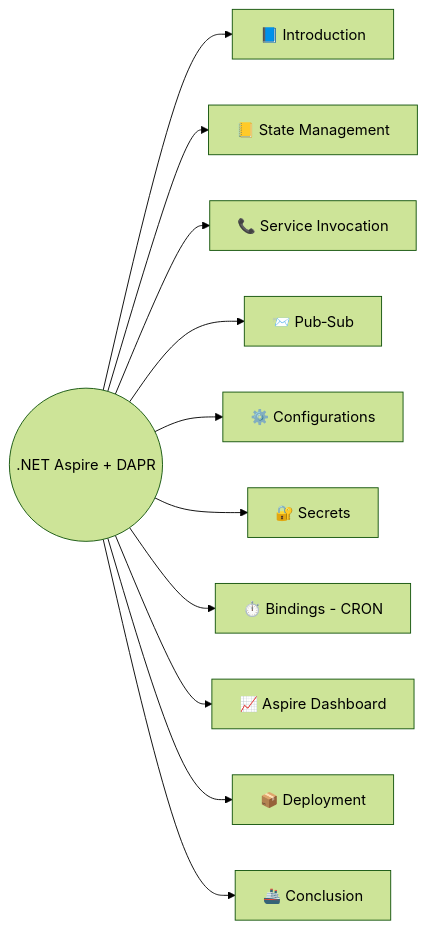
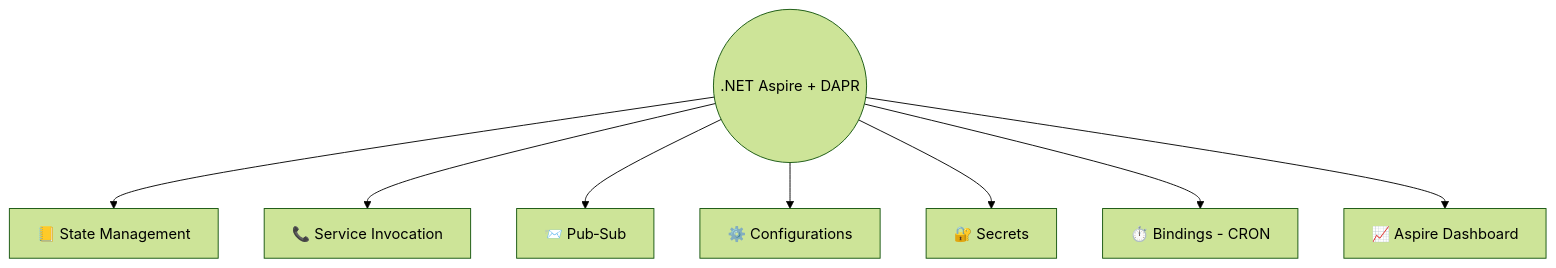
Before and after one commit to NetRecipes/NetRecipes.github.io: the diagram in content/courses/dapr-aspire/_index.md, drawn with Mermaid (forest theme). The commit also changed other lines of this file and 5 other files, not shown here.

````diff
--- a/content/courses/dapr-aspire/_index.md
+++ b/content/courses/dapr-aspire/_index.md
@@ -7,36 +13,27 @@
 ```mermaid
-flowchart LR
+flowchart TD
     root((.NET Aspire + DAPR))
-    intro[📘 Introduction]
     sm[📒 State Management]
     si[📞 Service Invocation]
     ps[📨 Pub‑Sub]
     cfg[⚙️ Configurations]
     sec[🔐 Secrets]
     bind[⏱️ Bindings - CRON]
     dash[📈 Aspire Dashboard]
-    dep[📦 Deployment]
-    concl[🚢 Conclusion]
 
-    root --> intro
     root --> sm
     root --> si
     root --> ps
     root --> cfg
     root --> sec
     root --> bind
     root --> dash
-    root --> dep
-    root --> concl
 
-    click intro "/courses/dapr-aspire/introduction/" "Go to Introduction"
     click sm "/courses/dapr-aspire/state-management/" "Go to State Management"
     click si "/courses/dapr-aspire/service-invocation/" "Go to Service Invocation"
     click ps "/courses/dapr-aspire/pub-sub/" "Go to Pub-Sub"
     click cfg "/courses/dapr-aspire/configurations/" "Go to Configurations"
     click sec "/courses/dapr-aspire/secrets/" "Go to Secrets"
     click bind "/courses/dapr-aspire/bindings/" "Go to Bindings - CRON"
     click dash "/courses/dapr-aspire/aspire-dashboard/" "Go to Aspire Dashboard"
-    click dep "/courses/dapr-aspire/deployment/" "Go to Deployment"
-    click concl "/courses/dapr-aspire/conclusion/" "Go to Conclusion"
 ```
````
